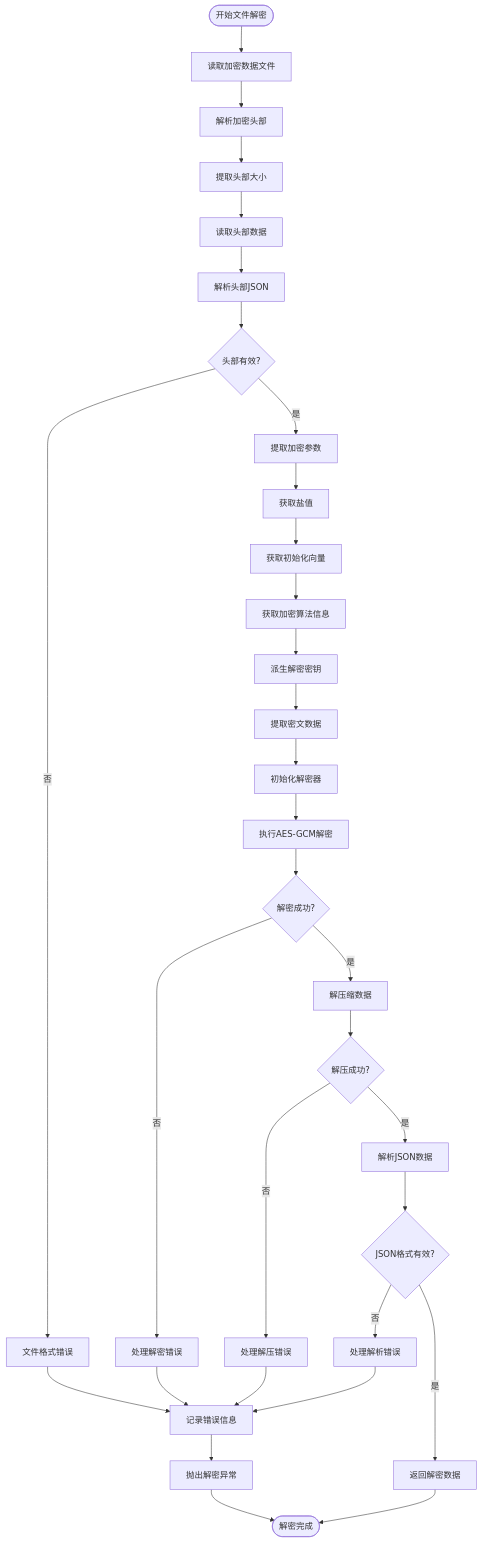
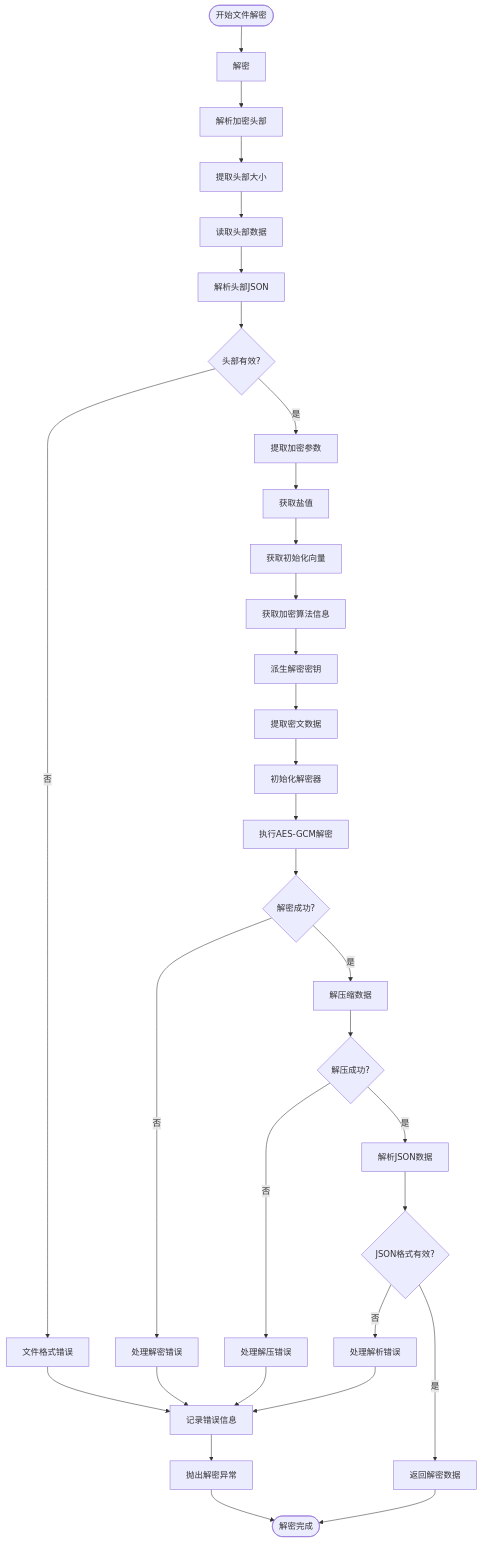
One commit to yingjianzh/iodraw-files changed the diagram in all/未命名-53.md. Above: the diagram before and after it, drawn with Mermaid.

Commit message:
2025-05-09 18:08:23 update

````diff
--- a/all/未命名-53.md
+++ b/all/未命名-53.md
@@ -1,45 +1,45 @@
 ```mermaid
 flowchart TD
-    Start([开始文件解密]) --> ReadFile[读取加密数据文件]
+    Start([开始文件解密]) --> ReadFile[解密]
     ReadFile --> ParseHeader[解析加密头部]
     
     ParseHeader --> ExtractHeaderSize[提取头部大小]
     ExtractHeaderSize --> ReadHeaderData[读取头部数据]
     ReadHeaderData --> ParseHeaderJSON[解析头部JSON]
     
     ParseHeaderJSON --> HeaderValid{头部有效?}
     HeaderValid -->|否| DecryptionError[文件格式错误]
     HeaderValid -->|是| ExtractParams[提取加密参数]
     
     ExtractParams --> GetSalt[获取盐值]
     GetSalt --> GetIV[获取初始化向量]
     GetIV --> GetAlgorithm[获取加密算法信息]
     
     GetAlgorithm --> DeriveKey[派生解密密钥]
     DeriveKey --> ExtractCiphertext[提取密文数据]
     ExtractCiphertext --> InitDecryption[初始化解密器]
     
     InitDecryption --> PerformDecryption[执行AES-GCM解密]
     PerformDecryption --> DecryptionSuccess{解密成功?}
     
     DecryptionSuccess -->|否| HandleDecryptError[处理解密错误]
     DecryptionSuccess -->|是| DecompressData[解压缩数据]
     
     DecompressData --> DecompressionSuccess{解压成功?}
     DecompressionSuccess -->|否| HandleDecompressError[处理解压错误]
     DecompressionSuccess -->|是| ParseJSON[解析JSON数据]
     
     ParseJSON --> JSONValid{JSON格式有效?}
     JSONValid -->|否| HandleParseError[处理解析错误]
     JSONValid -->|是| ReturnDecryptedData[返回解密数据]
     
     ReturnDecryptedData --> End([解密完成])
     
     DecryptionError --> LogError[记录错误信息]
     HandleDecryptError --> LogError
     HandleDecompressError --> LogError
     HandleParseError --> LogError
     
     LogError --> ThrowException[抛出解密异常]
     ThrowException --> End
 ```
````
